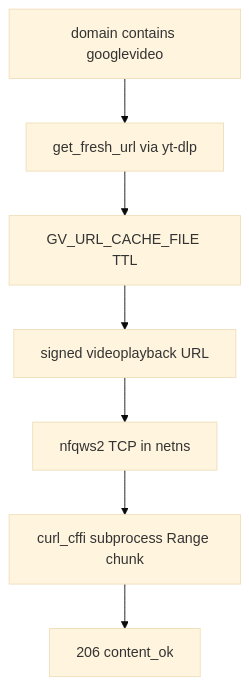
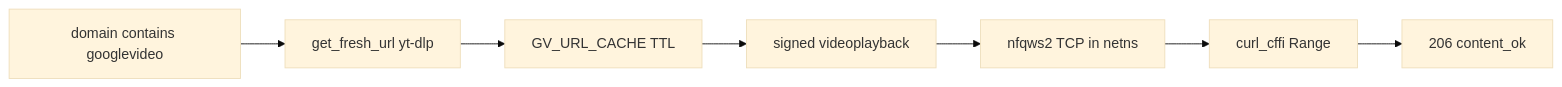
Before and after one commit to zhoel-sherk/blockcheckS: the sixth of 7 diagrams in docs/architecture.md, drawn with Mermaid (base theme). The commit also changed other lines of this file and 79 other files, not shown here.

````diff
--- a/docs/architecture.md
+++ b/docs/architecture.md
@@ -162,11 +322,11 @@
 ```mermaid
-flowchart TD
-  domGV[domain contains googlevideo]
-  ytdlp[get_fresh_url via yt-dlp]
-  cache[GV_URL_CACHE_FILE TTL]
-  signedURL[signed videoplayback URL]
-  nfqTCP[nfqws2 TCP in netns]
-  curlVP[curl_cffi subprocess Range chunk]
-  resultChunk[206 content_ok]
-  domGV --> ytdlp --> cache --> signedURL --> nfqTCP --> curlVP --> resultChunk
+flowchart LR
+  gv[domain contains googlevideo]
+  ytdlp[get_fresh_url yt-dlp]
+  cache[GV_URL_CACHE TTL]
+  url[signed videoplayback]
+  nfq[nfqws2 TCP in netns]
+  curl[curl_cffi Range]
+  ok[206 content_ok]
+  gv --> ytdlp --> cache --> url --> nfq --> curl --> ok
 ```
````
